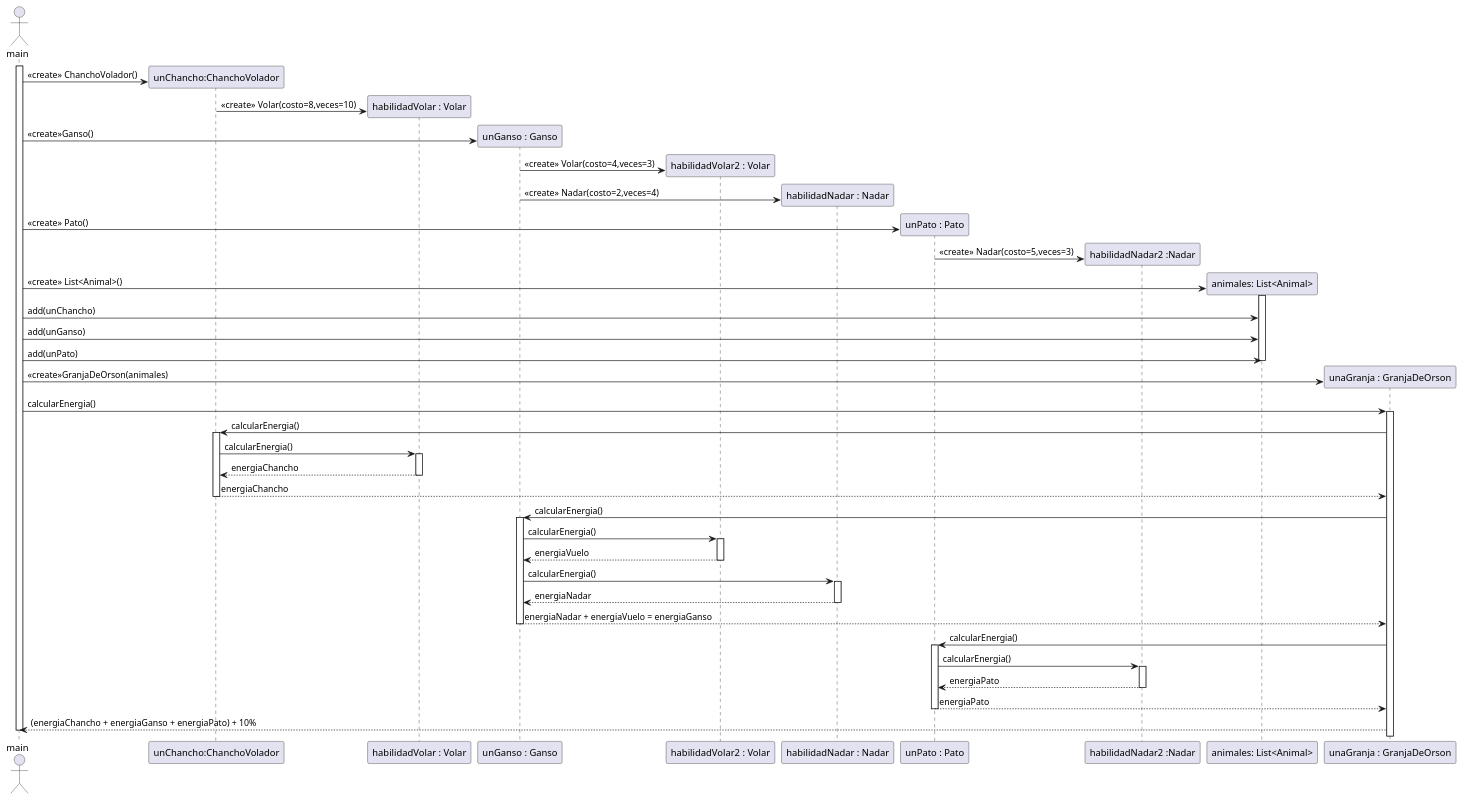
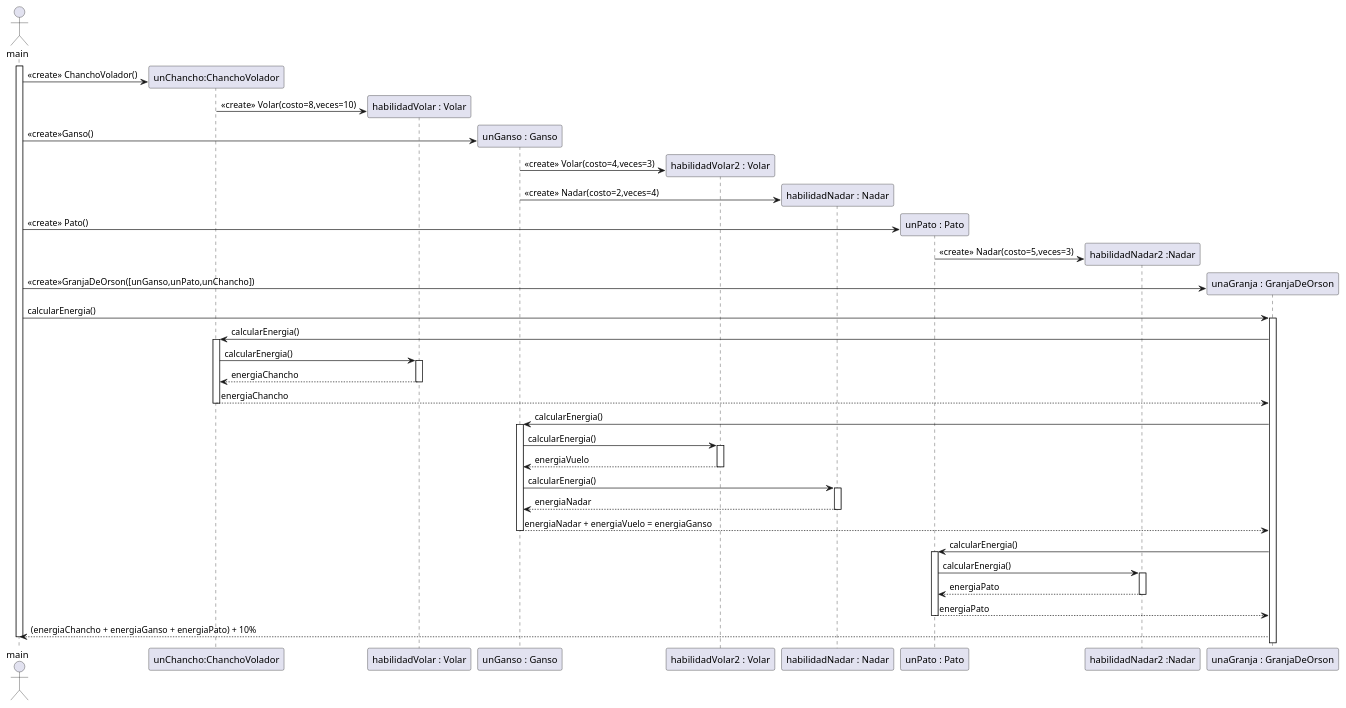
Before and after one commit to Mortha4/algoritmos3-parciales-Suarez: the diagram in GranjaOrson1C2026/diagrama/casoDeUso2.puml, drawn with PlantUML. The commit also changed 3 other files, not shown here.

```diff
--- a/GranjaOrson1C2026/diagrama/casoDeUso2.puml
+++ b/GranjaOrson1C2026/diagrama/casoDeUso2.puml
@@ -1,81 +1,74 @@
 @startuml
 
 'calcular energia de chancho volador despues de 2 aleteos'
 
 
 actor main
 activate main
 
 create participant "unChancho:ChanchoVolador" as chancho
 main -> chancho : <<create>> ChanchoVolador()
 create participant "habilidadVolar : Volar" as volarChancho
 chancho -> volarChancho : <<create>> Volar(costo=8,veces=10)
 
 create participant "unGanso : Ganso" as ganso
 main -> ganso : <<create>>Ganso()
 create participant "habilidadVolar2 : Volar" as volarGanso
 ganso -> volarGanso : <<create>> Volar(costo=4,veces=3)
 create participant "habilidadNadar : Nadar" as nadarGanso
 ganso -> nadarGanso : <<create>> Nadar(costo=2,veces=4)
 
 create participant "unPato : Pato" as pato
 main -> pato : <<create>> Pato()
 create participant "habilidadNadar2 :Nadar" as nadarPato
 pato -> nadarPato : <<create>> Nadar(costo=5,veces=3)
 
-create participant "animales: List<Animal>" as animales
-main -> animales : <<create>> List<Animal>()
-activate animales
-main -> animales : add(unChancho)
-main ->animales : add(unGanso)
-main -> animales : add(unPato)
-deactivate animales
 
 create participant "unaGranja : GranjaDeOrson" as granja
-main -> granja : <<create>>GranjaDeOrson(animales)
+main -> granja : <<create>>GranjaDeOrson([unGanso,unPato,unChancho])
 main -> granja : calcularEnergia()
 activate granja
 
 granja -> chancho : calcularEnergia()
 activate chancho
 chancho -> volarChancho : calcularEnergia()
 activate volarChancho
 volarChancho --> chancho : energiaChancho
 deactivate volarChancho
 chancho --> granja : energiaChancho
 deactivate chancho
 
 granja -> ganso : calcularEnergia()
 activate ganso
 ganso -> volarGanso : calcularEnergia()
 activate volarGanso
 volarGanso --> ganso : energiaVuelo
 deactivate volarGanso
 ganso -> nadarGanso : calcularEnergia()
 activate nadarGanso
 nadarGanso --> ganso : energiaNadar
 deactivate nadarGanso
 ganso --> granja : energiaNadar + energiaVuelo = energiaGanso
 deactivate ganso
 
 granja -> pato : calcularEnergia()
 activate pato  
 pato -> nadarPato : calcularEnergia()
 activate nadarPato
 nadarPato --> pato : energiaPato
 deactivate nadarPato
 pato --> granja : energiaPato
 deactivate pato
 
 granja --> main : (energiaChancho + energiaGanso + energiaPato) + 10%
 deactivate main
 
 
 
 
 
 
 
 
 
 @enduml
```
